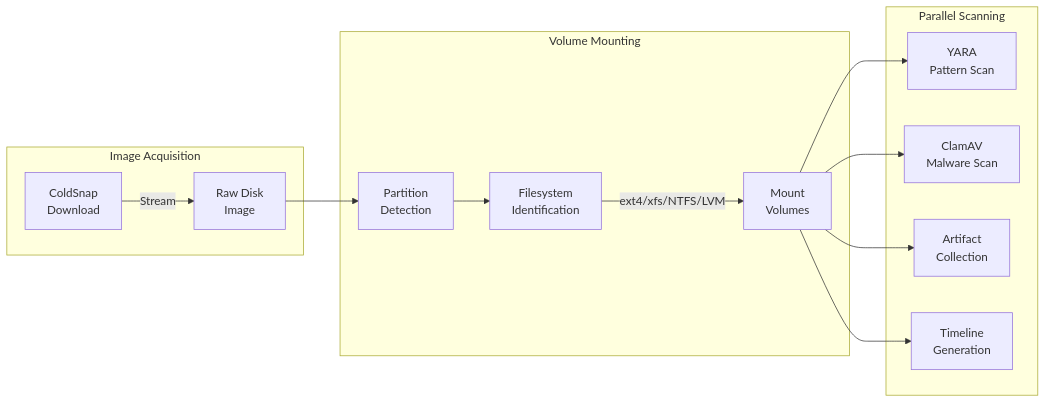
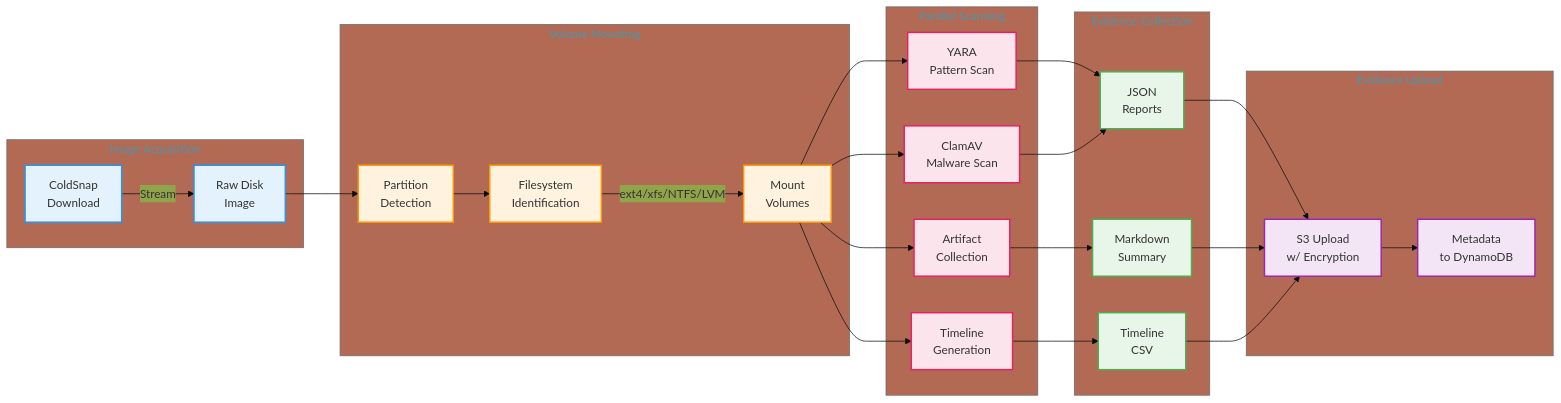
One commit to Stealinglight/Snapshot-Sleuth changed the third of 4 diagrams in .github/pages/case-study.md. Above: the diagram before and after it, drawn with Mermaid. The commit also changed other lines of this file and 4 other files, not shown here.

First line of the commit message:
Add case study assets: code examples, metrics, and enhanced diagrams

````diff
--- a/.github/pages/case-study.md
+++ b/.github/pages/case-study.md
@@ -182,29 +270,61 @@
 ```mermaid
+%%{init: {'theme': 'base', 'themeVariables': { 'primaryColor': '#4a90a4'}}}%%
 flowchart LR
     subgraph Download["Image Acquisition"]
         A["ColdSnap<br/>Download"]
         B["Raw Disk<br/>Image"]
     end
 
     subgraph Mount["Volume Mounting"]
         C["Partition<br/>Detection"]
         D["Filesystem<br/>Identification"]
         E["Mount<br/>Volumes"]
     end
 
     subgraph Scan["Parallel Scanning"]
         F["YARA<br/>Pattern Scan"]
         G["ClamAV<br/>Malware Scan"]
         H["Artifact<br/>Collection"]
         I["Timeline<br/>Generation"]
     end
 
+    subgraph Collect["Evidence Collection"]
+        J["JSON<br/>Reports"]
+        K["Markdown<br/>Summary"]
+        L["Timeline<br/>CSV"]
+    end
+
+    subgraph Upload["Evidence Upload"]
+        M["S3 Upload<br/>w/ Encryption"]
+        N["Metadata<br/>to DynamoDB"]
+    end
+
     A -->|"Stream"| B
     B --> C
     C --> D
     D -->|"ext4/xfs/NTFS/LVM"| E
     E --> F
     E --> G
     E --> H
     E --> I
+    F --> J
+    G --> J
+    H --> K
+    I --> L
+    J --> M
+    K --> M
+    L --> M
+    M --> N
+
+    classDef download fill:#e3f2fd,stroke:#2196f3,stroke-width:2px
+    classDef mount fill:#fff3e0,stroke:#ff9800,stroke-width:2px
+    classDef scan fill:#fce4ec,stroke:#e91e63,stroke-width:2px
+    classDef collect fill:#e8f5e9,stroke:#4caf50,stroke-width:2px
+    classDef upload fill:#f3e5f5,stroke:#9c27b0,stroke-width:2px
+
+    class A,B download
+    class C,D,E mount
+    class F,G,H,I scan
+    class J,K,L collect
+    class M,N upload
 ```
````
